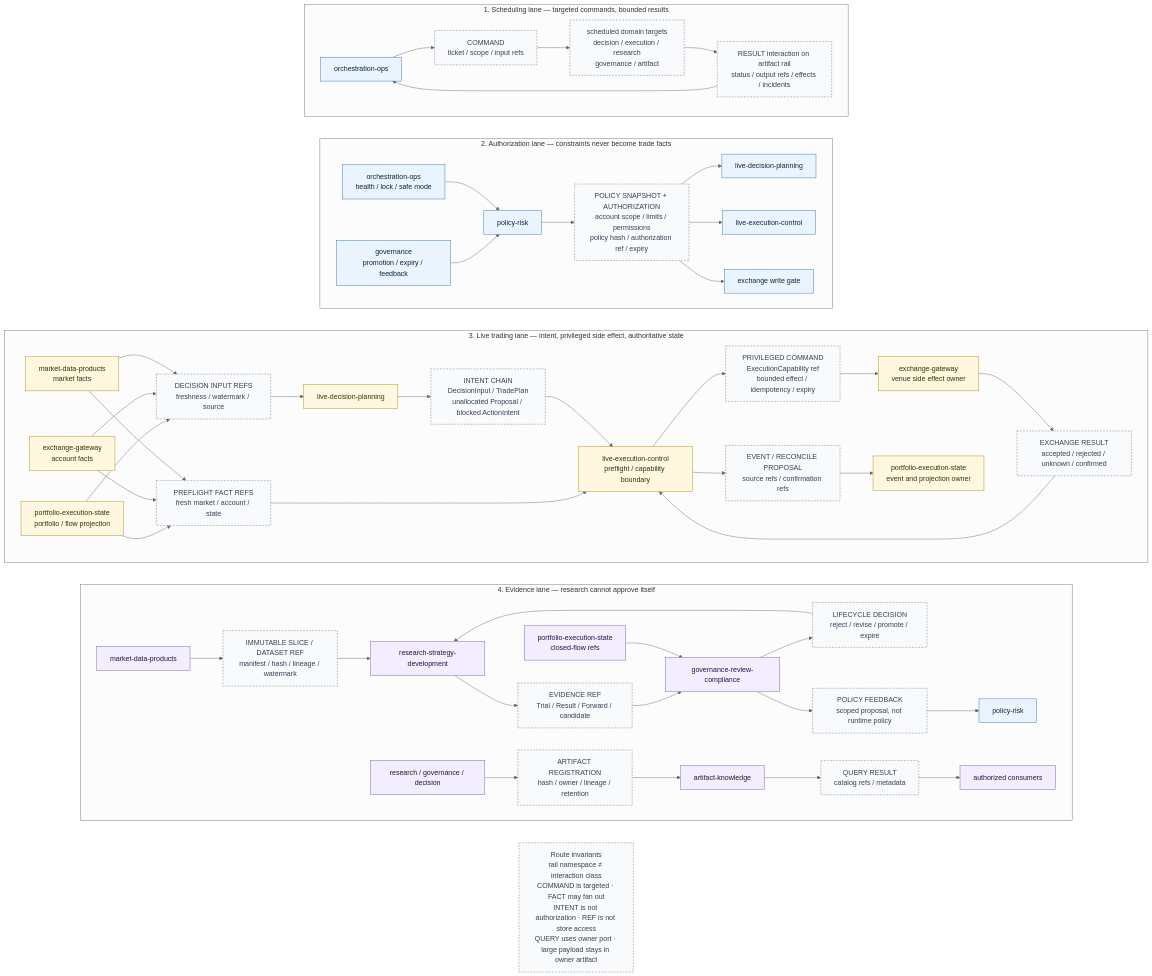
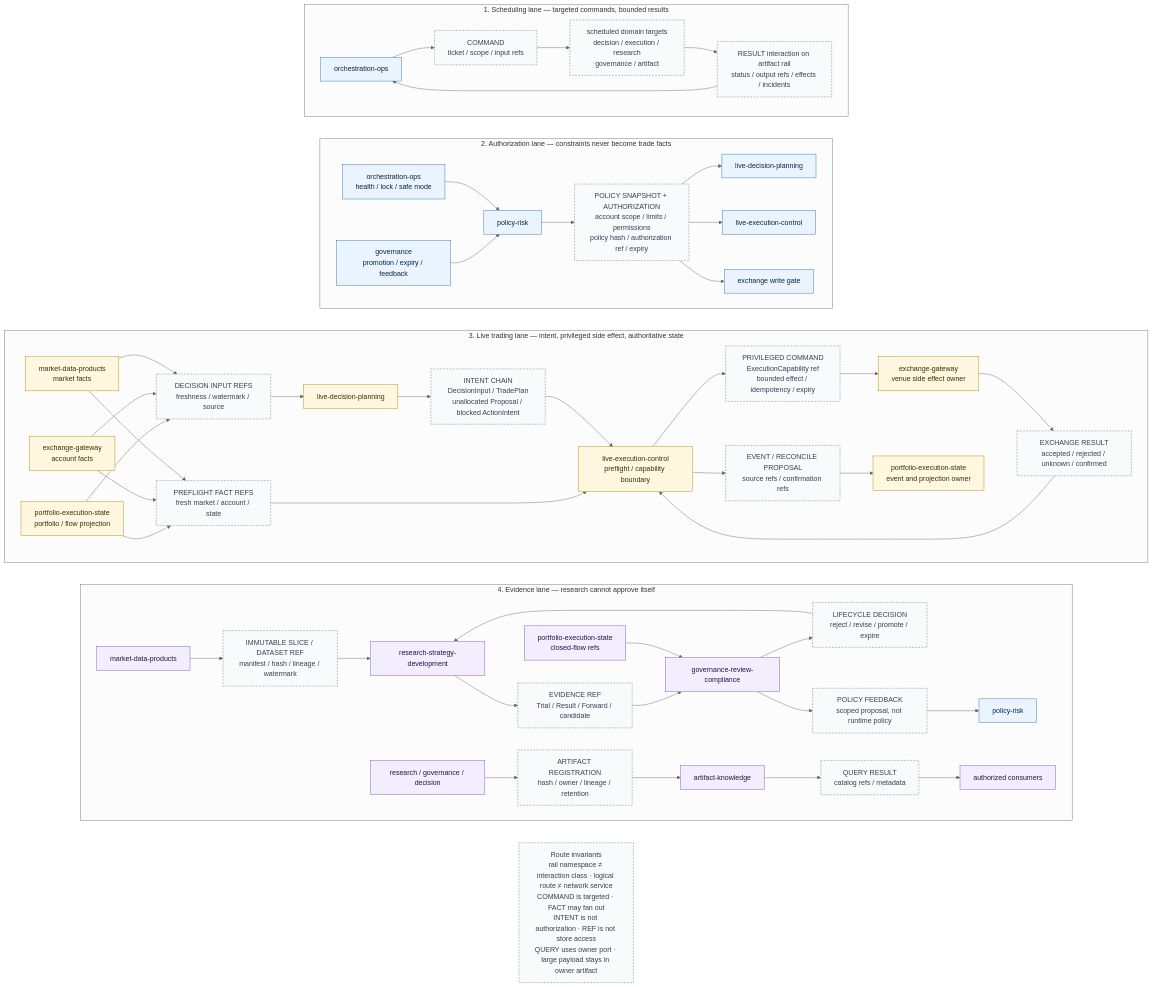
Before and after one commit to qOeOp/trade: the diagram in docs/architecture/architecture-communication-v2.mmd, drawn with Mermaid (neutral theme).

Commit message:
docs(architecture): label communication lanes as logical

```diff
--- a/docs/architecture/architecture-communication-v2.mmd
+++ b/docs/architecture/architecture-communication-v2.mmd
@@ -1,74 +1,75 @@
 flowchart TB
-  %% Cross-domain communication lanes. Domains may appear in more than one lane;
-  %% the canonical publisher/consumer list lives in design-architecture.md.
+  %% Logical cross-domain communication lanes. Domains may appear in more than one lane;
+  %% the canonical publisher/consumer list lives in design-architecture.md;
+  %% physical transport and service boundaries live in physical-runtime-transport.md.
 
   subgraph SCHEDULE["1. Scheduling lane — targeted commands, bounded results"]
     direction LR
     S_ORCH["orchestration-ops"] --> S_CMD["COMMAND<br/>ticket / scope / input refs"]
     S_CMD --> S_TARGETS["scheduled domain targets<br/>decision / execution / research<br/>governance / artifact"]
     S_TARGETS --> S_RESULT["RESULT interaction on artifact rail<br/>status / output refs / effects / incidents"]
     S_RESULT --> S_ORCH
   end
 
   subgraph AUTH["2. Authorization lane — constraints never become trade facts"]
     direction LR
     A_OPS["orchestration-ops<br/>health / lock / safe mode"] --> A_POLICY["policy-risk"]
     A_GOV["governance<br/>promotion / expiry / feedback"] --> A_POLICY
     A_POLICY --> A_SNAPSHOT["POLICY SNAPSHOT + AUTHORIZATION<br/>account scope / limits / permissions<br/>policy hash / authorization ref / expiry"]
     A_SNAPSHOT --> A_DECISION["live-decision-planning"]
     A_SNAPSHOT --> A_EXECUTION["live-execution-control"]
     A_SNAPSHOT --> A_EXCHANGE["exchange write gate"]
   end
 
   subgraph LIVE["3. Live trading lane — intent, privileged side effect, authoritative state"]
     direction LR
     L_MARKET["market-data-products<br/>market facts"] --> L_INPUTS["DECISION INPUT REFS<br/>freshness / watermark / source"]
     L_EXCHANGE_FACTS["exchange-gateway<br/>account facts"] --> L_INPUTS
     L_STATE_FACTS["portfolio-execution-state<br/>portfolio / flow projection"] --> L_INPUTS
     L_MARKET --> L_GUARDS["PREFLIGHT FACT REFS<br/>fresh market / account / state"]
     L_EXCHANGE_FACTS --> L_GUARDS
     L_STATE_FACTS --> L_GUARDS
     L_INPUTS --> L_DECISION["live-decision-planning"]
     L_DECISION --> L_INTENT["INTENT CHAIN<br/>DecisionInput / TradePlan<br/>unallocated Proposal / blocked ActionIntent"]
     L_INTENT --> L_EXECUTION["live-execution-control<br/>preflight / capability boundary"]
     L_GUARDS --> L_EXECUTION
     L_EXECUTION --> L_COMMAND["PRIVILEGED COMMAND<br/>ExecutionCapability ref<br/>bounded effect / idempotency / expiry"]
     L_COMMAND --> L_EXCHANGE["exchange-gateway<br/>venue side effect owner"]
     L_EXCHANGE --> L_RESULT["EXCHANGE RESULT<br/>accepted / rejected / unknown / confirmed"]
     L_RESULT --> L_EXECUTION
     L_EXECUTION --> L_EVENT["EVENT / RECONCILE PROPOSAL<br/>source refs / confirmation refs"]
     L_EVENT --> L_STATE["portfolio-execution-state<br/>event and projection owner"]
   end
 
   subgraph EVIDENCE["4. Evidence lane — research cannot approve itself"]
     direction LR
     E_MARKET["market-data-products"] --> E_DATASET["IMMUTABLE SLICE / DATASET REF<br/>manifest / hash / lineage / watermark"]
     E_DATASET --> E_RESEARCH["research-strategy-development"]
     E_RESEARCH --> E_EVIDENCE["EVIDENCE REF<br/>Trial / Result / Forward / candidate"]
     E_EVIDENCE --> E_GOV["governance-review-compliance"]
     E_STATE["portfolio-execution-state<br/>closed-flow refs"] --> E_GOV
     E_GOV --> E_DECISION["LIFECYCLE DECISION<br/>reject / revise / promote / expire"]
     E_DECISION --> E_RESEARCH
     E_GOV --> E_FEEDBACK["POLICY FEEDBACK<br/>scoped proposal, not runtime policy"]
     E_FEEDBACK --> E_POLICY["policy-risk"]
     E_PRODUCERS["research / governance / decision"] --> E_REGISTER["ARTIFACT REGISTRATION<br/>hash / owner / lineage / retention"]
     E_REGISTER --> E_ARTIFACT["artifact-knowledge"]
     E_ARTIFACT --> E_QUERY["QUERY RESULT<br/>catalog refs / metadata"]
     E_QUERY --> E_CONSUMERS["authorized consumers"]
   end
 
-  LEGEND["Route invariants<br/>rail namespace ≠ interaction class<br/>COMMAND is targeted · FACT may fan out<br/>INTENT is not authorization · REF is not store access<br/>QUERY uses owner port · large payload stays in owner artifact"]
+  LEGEND["Route invariants<br/>rail namespace ≠ interaction class · logical route ≠ network service<br/>COMMAND is targeted · FACT may fan out<br/>INTENT is not authorization · REF is not store access<br/>QUERY uses owner port · large payload stays in owner artifact"]
 
   S_ORCH ~~~ A_OPS
   A_OPS ~~~ L_MARKET
   L_MARKET ~~~ E_MARKET
   E_MARKET ~~~ LEGEND
 
   classDef control fill:#eaf4ff,stroke:#2f6fb0,color:#0b2540;
   classDef live fill:#fff7df,stroke:#b08a00,color:#3b3000;
   classDef evidence fill:#f2eefe,stroke:#7556b8,color:#241445;
   classDef contract fill:#f8fafc,stroke:#64748b,color:#334155,stroke-dasharray:4 3;
   class S_ORCH,A_OPS,A_POLICY,A_GOV,A_DECISION,A_EXECUTION,A_EXCHANGE,E_POLICY control;
   class L_MARKET,L_EXCHANGE_FACTS,L_STATE_FACTS,L_DECISION,L_EXECUTION,L_EXCHANGE,L_STATE live;
   class E_MARKET,E_RESEARCH,E_GOV,E_ARTIFACT,E_PRODUCERS,E_CONSUMERS,E_STATE evidence;
   class S_CMD,S_TARGETS,S_RESULT,A_SNAPSHOT,L_INPUTS,L_GUARDS,L_INTENT,L_COMMAND,L_RESULT,L_EVENT,E_DATASET,E_EVIDENCE,E_DECISION,E_FEEDBACK,E_REGISTER,E_QUERY,LEGEND contract;
```
